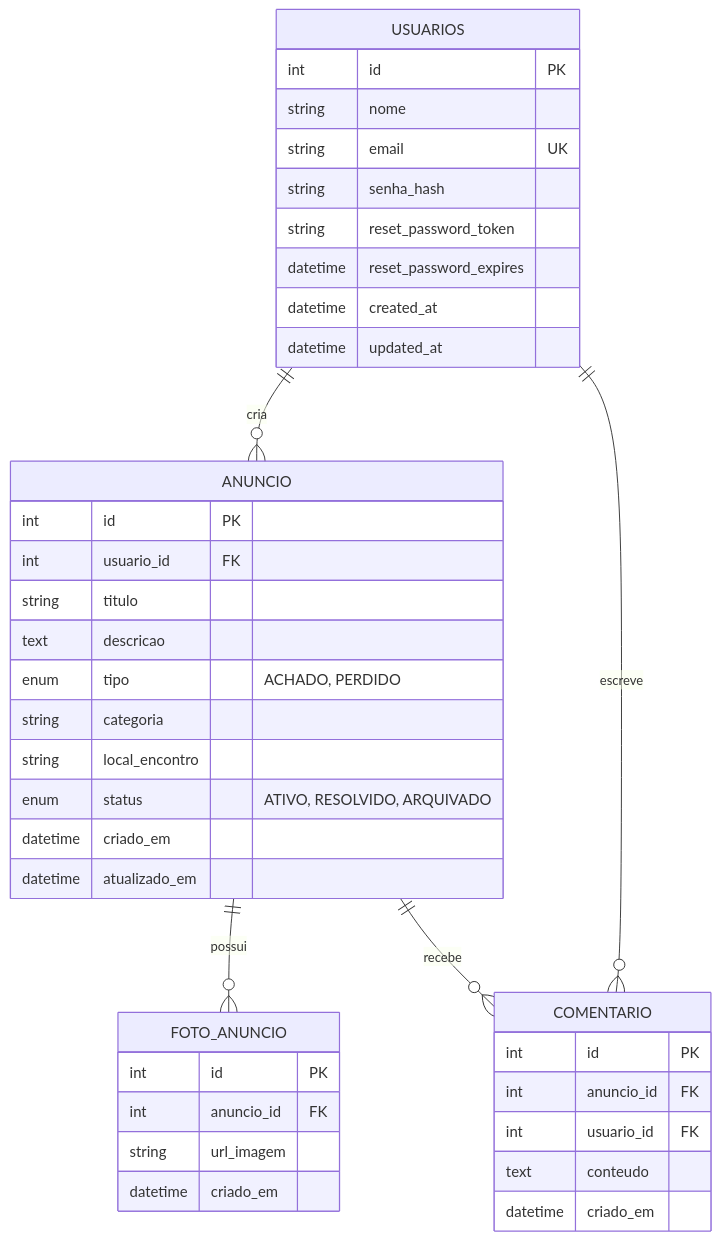
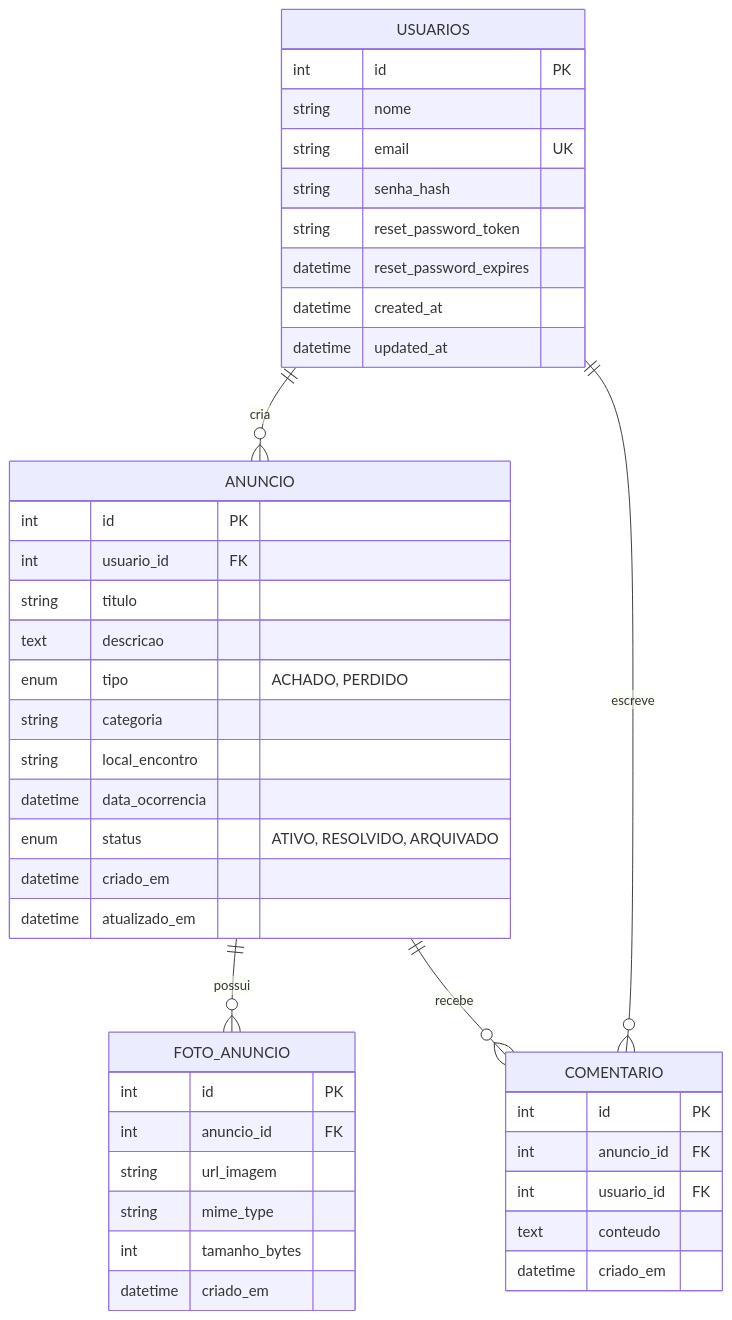
Before and after one commit to Matheus-Castro-Paula/Radar-UFLA: the fifth of 6 diagrams in docs/modelagem/modelagem.md, drawn with Mermaid. The commit also changed other lines of this file, not shown here.

First line of the commit message:
docs(sprint-06): atualiza modelagem com data_ocorrencia e upload

````diff
--- a/docs/modelagem/modelagem.md
+++ b/docs/modelagem/modelagem.md
@@ -258,43 +272,46 @@
 ```mermaid
 erDiagram
     USUARIOS ||--o{ ANUNCIO : cria
     USUARIOS ||--o{ COMENTARIO : escreve
     ANUNCIO ||--o{ FOTO_ANUNCIO : possui
     ANUNCIO ||--o{ COMENTARIO : recebe
 
     USUARIOS {
         int id PK
         string nome
         string email UK
         string senha_hash
         string reset_password_token
         datetime reset_password_expires
         datetime created_at
         datetime updated_at
     }
     ANUNCIO {
         int id PK
         int usuario_id FK
         string titulo
         text descricao
         enum tipo "ACHADO, PERDIDO"
         string categoria
         string local_encontro
+        datetime data_ocorrencia
         enum status "ATIVO, RESOLVIDO, ARQUIVADO"
         datetime criado_em
         datetime atualizado_em
     }
     FOTO_ANUNCIO {
         int id PK
         int anuncio_id FK
         string url_imagem
+        string mime_type
+        int tamanho_bytes
         datetime criado_em
     }
     COMENTARIO {
         int id PK
         int anuncio_id FK
         int usuario_id FK
         text conteudo
         datetime criado_em
     }
 ```
````
